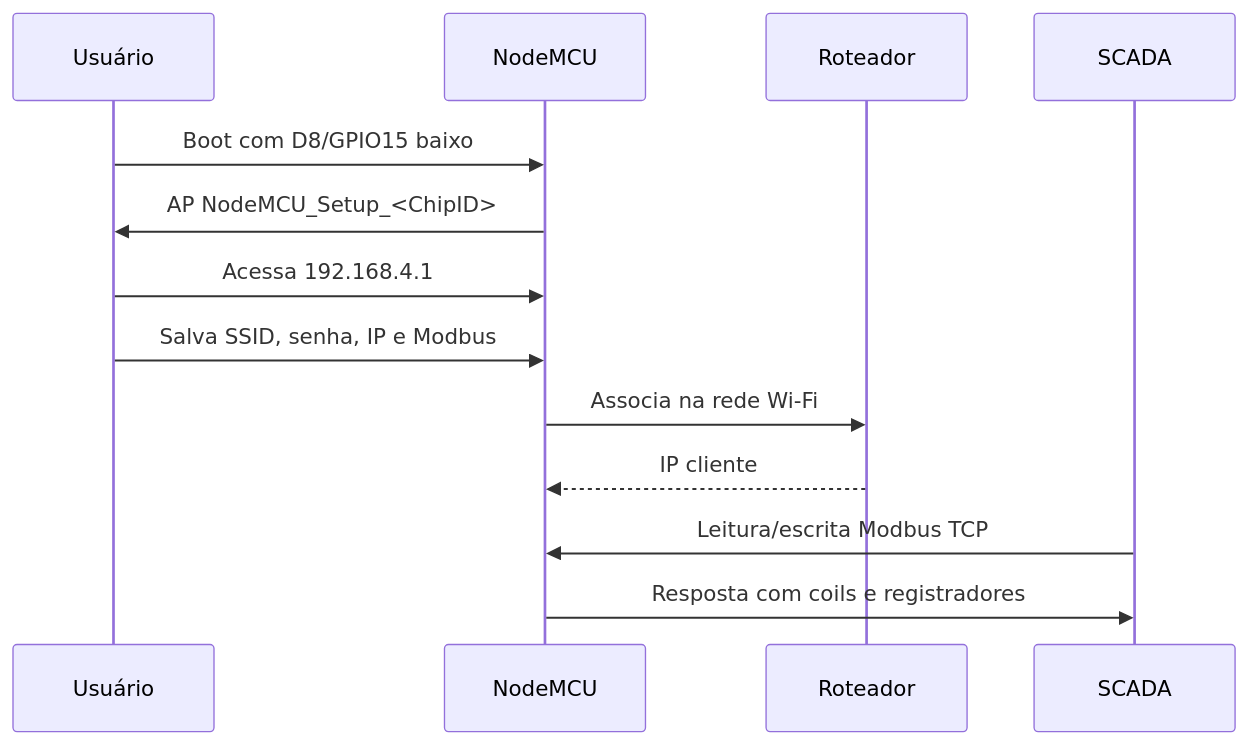
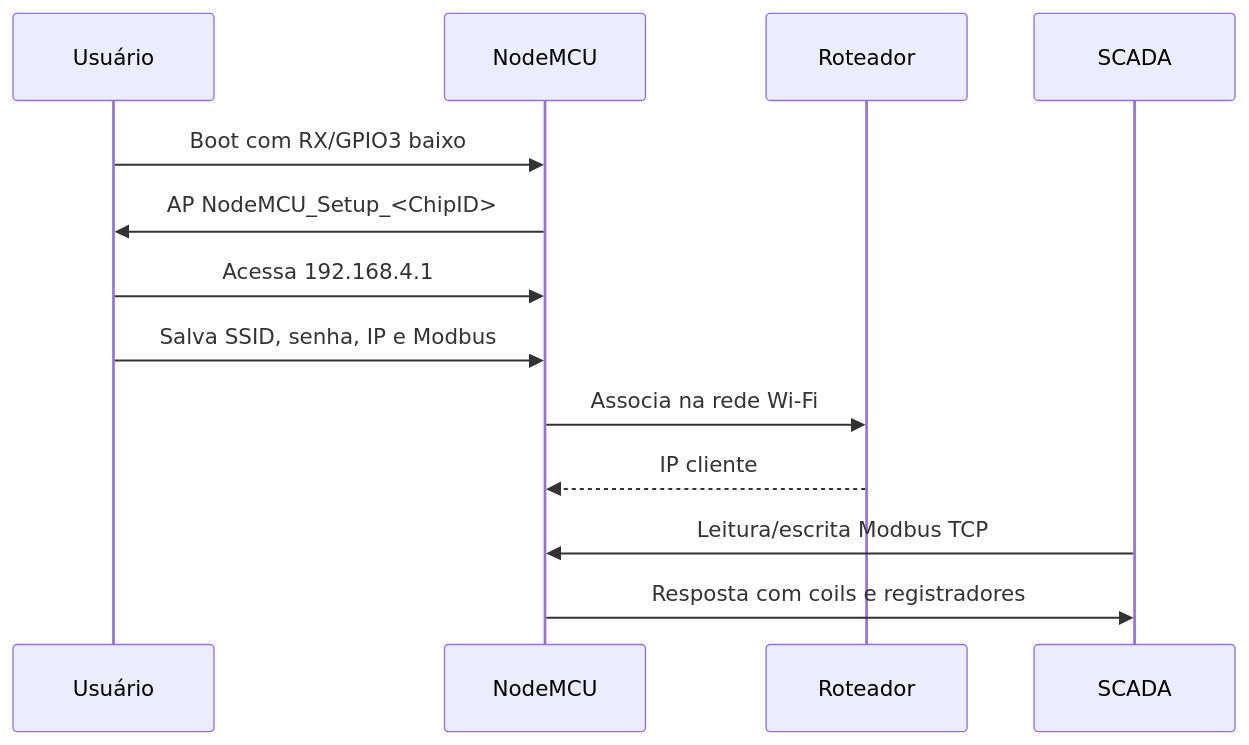
Before and after one commit to wvianna/pcb-moduloDidatico-SCADA-IoT-firmware: the third of 4 diagrams in README.md, drawn with Mermaid. The commit also changed other lines of this file and 5 other files, not shown here.

````diff
--- a/README.md
+++ b/README.md
@@ -600,16 +600,16 @@
 ```mermaid
 sequenceDiagram
   participant U as Usuário
   participant N as NodeMCU
   participant R as Roteador
   participant S as SCADA
 
-  U->>N: Boot com D8/GPIO15 baixo
+  U->>N: Boot com RX/GPIO3 baixo
   N->>U: AP NodeMCU_Setup_<ChipID>
   U->>N: Acessa 192.168.4.1
   U->>N: Salva SSID, senha, IP e Modbus
   N->>R: Associa na rede Wi-Fi
   R-->>N: IP cliente
   S->>N: Leitura/escrita Modbus TCP
   N->>S: Resposta com coils e registradores
 ```
````
